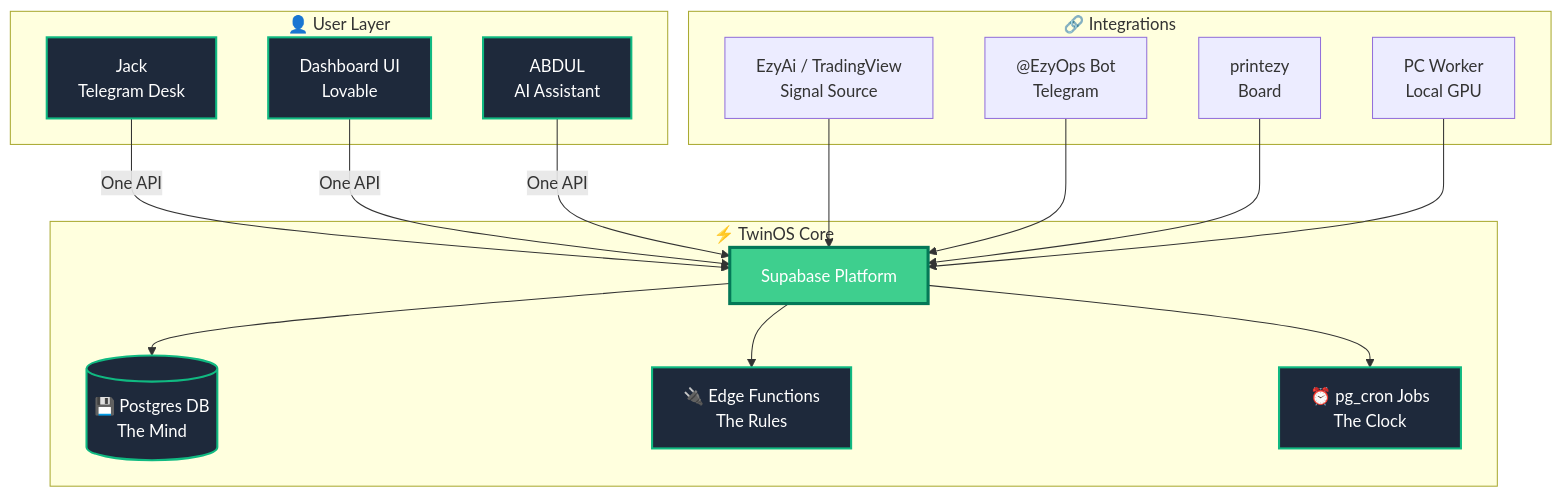
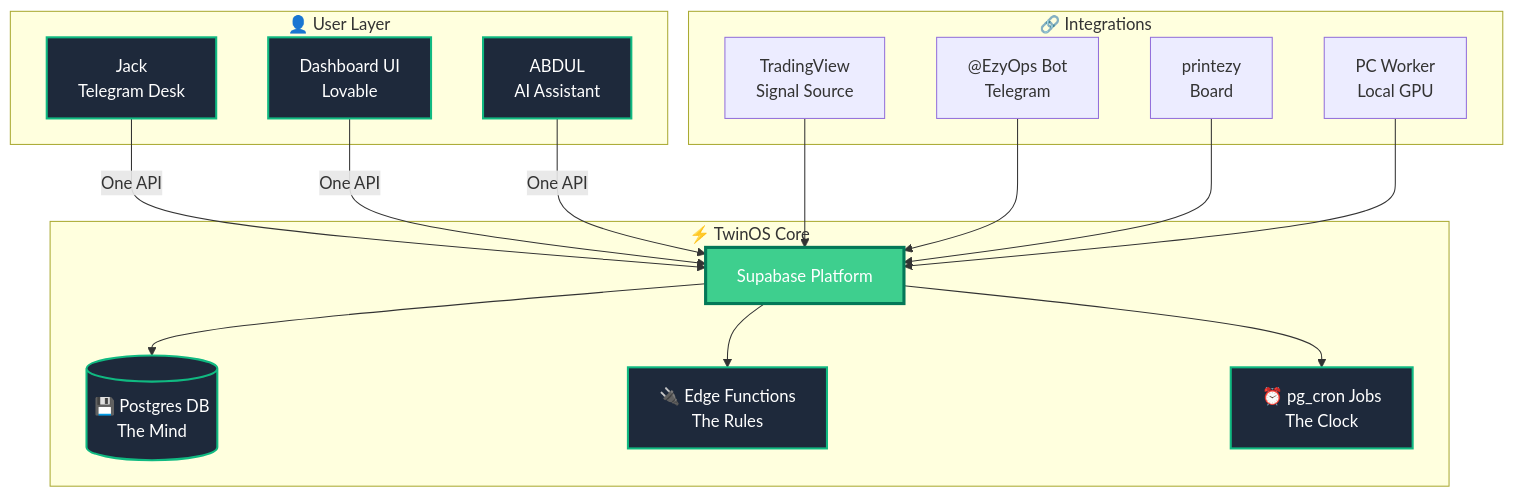
Before and after one commit to printezy247/TwinOS-helper-system: the first of 2 diagrams in README.md, drawn with Mermaid. The commit also changed other lines of this file and 13 other files, not shown here.

First line of the commit message:
feat(signals): remove EzyAI; signals come from TradingView or by hand (#121)

````diff
--- a/README.md
+++ b/README.md
@@ -69,33 +69,33 @@
 ```mermaid
 graph TB
     subgraph UserLayer["👤 User Layer"]
         A[Jack<br/>Telegram Desk]
         B[Dashboard UI<br/>Lovable]
         C[ABDUL<br/>AI Assistant]
     end
 
     subgraph TwinOS["⚡ TwinOS Core"]
         D[Supabase Platform]
         D --> E[("💾 Postgres DB<br/>The Mind")]
         D --> F[🔌 Edge Functions<br/>The Rules]
         D --> G[⏰ pg_cron Jobs<br/>The Clock]
     end
 
     subgraph Integrations["🔗 Integrations"]
-        H[EzyAi / TradingView<br/>Signal Source]
+        H[TradingView<br/>Signal Source]
         I["@EzyOps Bot<br/>Telegram"]
         J[printezy<br/>Board]
         K[PC Worker<br/>Local GPU]
     end
 
     A & B & C -->|One API| D
     H & I & J & K --> D
 
     style D fill:#3ecf8e,stroke:#047857,stroke-width:3px,color:#fff
     style E fill:#1e293b,stroke:#10b981,stroke-width:2px,color:#fff
     style F fill:#1e293b,stroke:#10b981,stroke-width:2px,color:#fff
     style G fill:#1e293b,stroke:#10b981,stroke-width:2px,color:#fff
     style A fill:#1e293b,stroke:#10b981,stroke-width:2px,color:#fff
     style B fill:#1e293b,stroke:#10b981,stroke-width:2px,color:#fff
     style C fill:#1e293b,stroke:#10b981,stroke-width:2px,color:#fff
 ```
````
